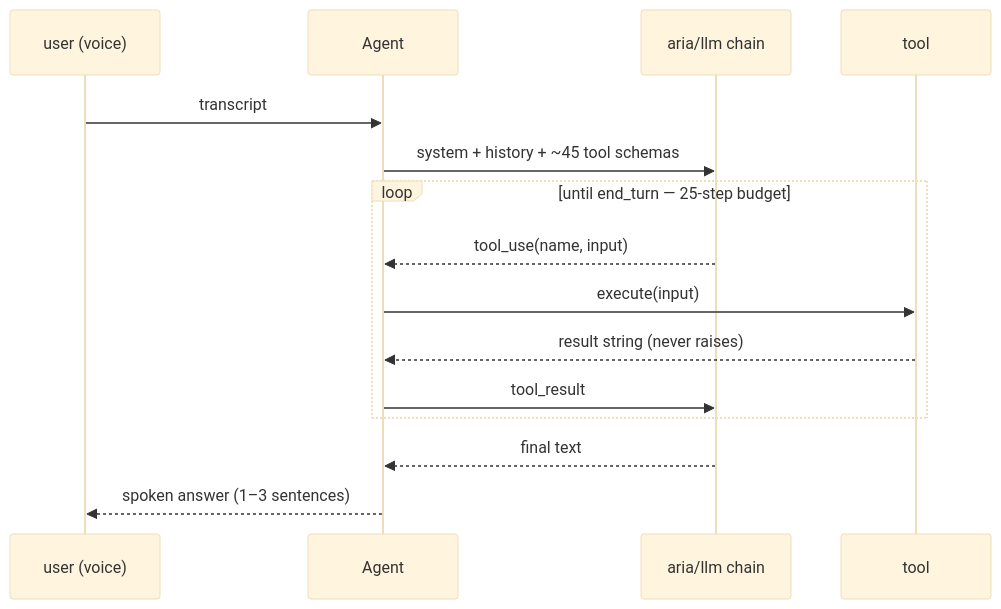
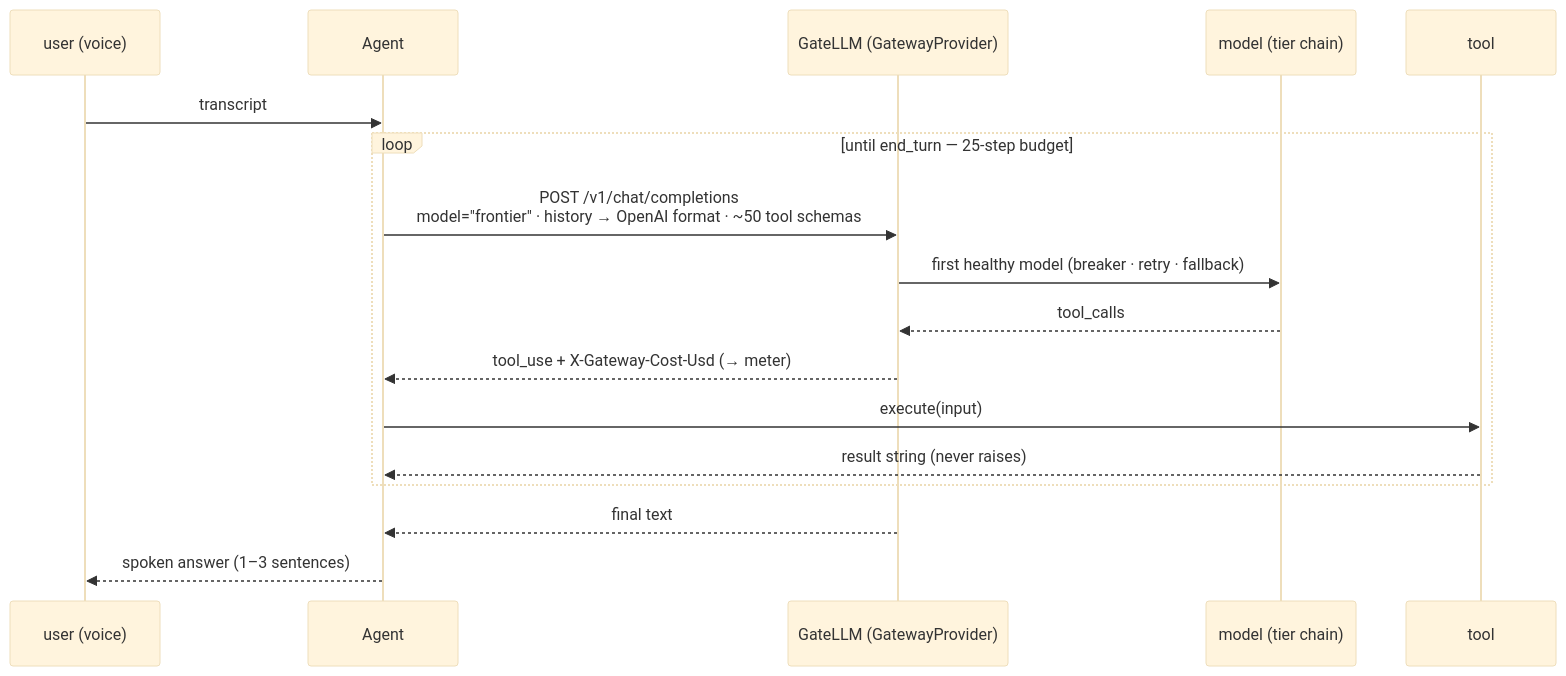
One commit to Bhanu1299/Aria changed the third of 8 diagrams in ARCHITECTURE.md. Above: the diagram before and after it, drawn with Mermaid (base theme). The commit also changed other lines of this file and 2 other files, not shown here.

First line of the commit message:
docs: show the dispatcher and GateLLM gateway in every diagram

````diff
--- a/ARCHITECTURE.md
+++ b/ARCHITECTURE.md
@@ -91,18 +120,20 @@
 ```mermaid
 sequenceDiagram
     participant U as user (voice)
     participant A as Agent
-    participant L as aria/llm chain
+    participant G as GateLLM (GatewayProvider)
+    participant M as model (tier chain)
     participant T as tool
 
     U->>A: transcript
-    A->>L: system + history + ~45 tool schemas
     loop until end_turn — 25-step budget
-        L-->>A: tool_use(name, input)
+        A->>G: POST /v1/chat/completions<br/>model="frontier" · history → OpenAI format · ~50 tool schemas
+        G->>M: first healthy model (breaker · retry · fallback)
+        M-->>G: tool_calls
+        G-->>A: tool_use + X-Gateway-Cost-Usd (→ meter)
         A->>T: execute(input)
         T-->>A: result string (never raises)
-        A->>L: tool_result
     end
-    L-->>A: final text
+    G-->>A: final text
     A-->>U: spoken answer (1–3 sentences)
 ```
````
